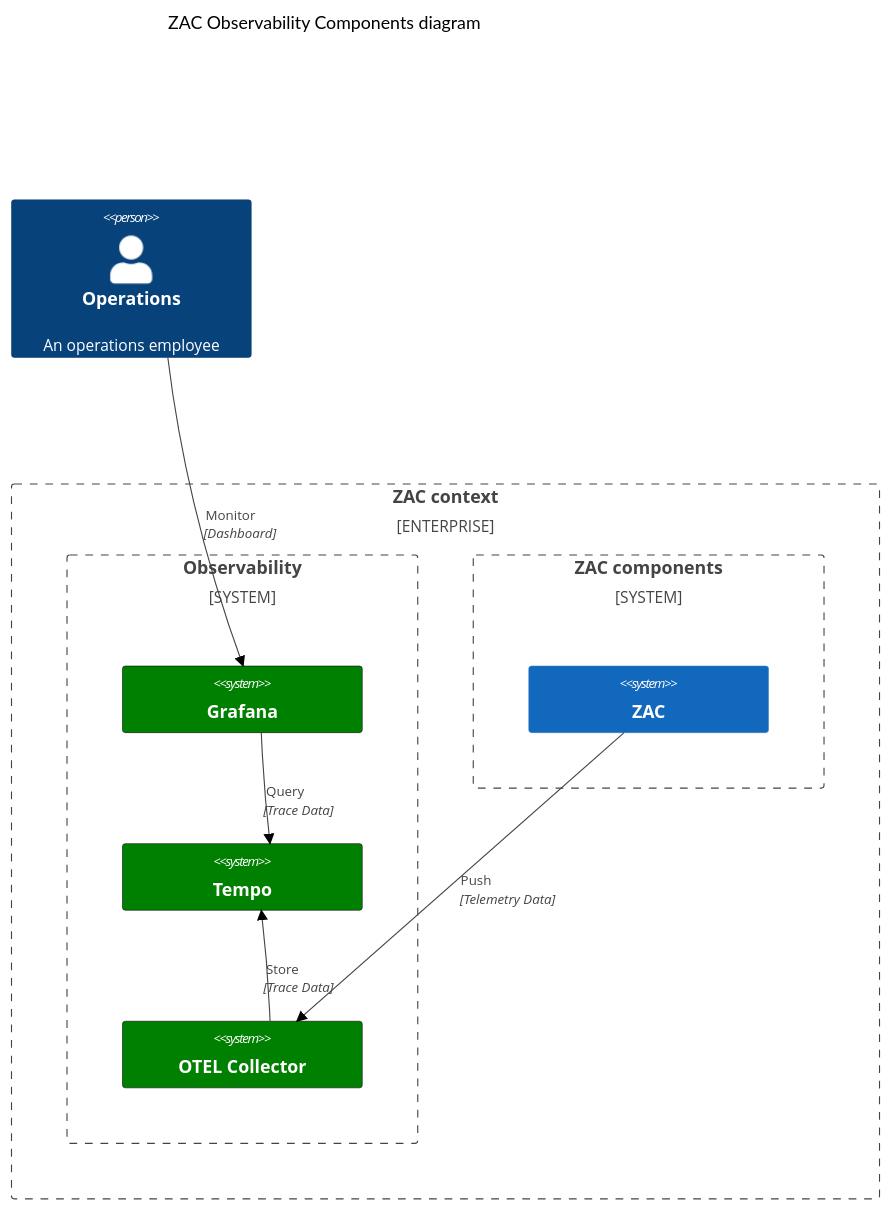
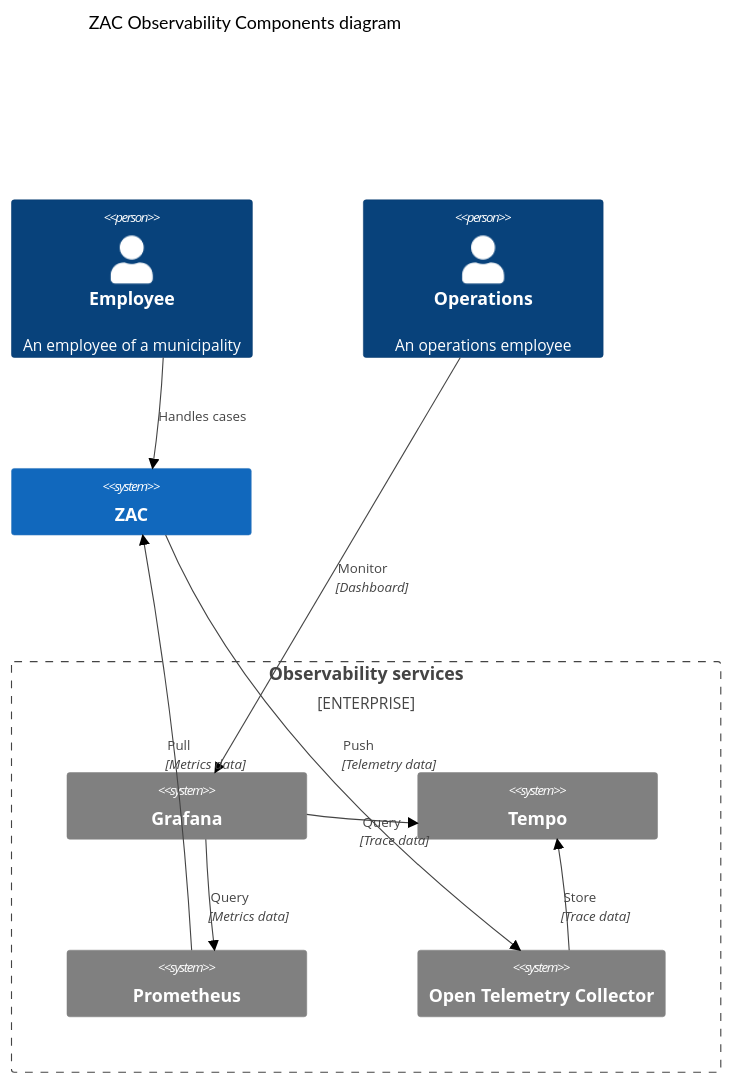
The diagram in docs/solution-architecture/observabilityArchitecture.md (infonl/dimpact-zaakafhandelcomponent), drawn with Mermaid (forest theme) before and after one commit. The commit also changed other lines of this file and 2 other files, not shown here.

Commit message:
docs: updated observability architecture docs (#4909)
Updated observability architecture docs by including Prometheus.

Solves PZ-9746

---------

````diff
--- a/docs/solution-architecture/observabilityArchitecture.md
+++ b/docs/solution-architecture/observabilityArchitecture.md
@@ -5,26 +5,31 @@
 ```mermaid
 C4Component
     title ZAC Observability Components diagram
 
-    Person(Ops, "Operations", "An operations employee")
+    Person(employee, "Employee", "An employee of a municipality")
+    Person(operations, "Operations", "An operations employee")
 
-    Enterprise_Boundary(b0, "ZAC context") {
-        System_Boundary(Observ, "Observability") {
-            System(Grafana, "Grafana")
-            System(Tempo, "Tempo")
-            System(OTC, "OTEL Collector")
-        }
-        System_Boundary(ZAC, "ZAC components") {
-            System(ZAC, "ZAC")
-        }
+    System(zac, "ZAC")
+    
+    Enterprise_Boundary(observability, "Observability services") {         
+        System(grafana, "Grafana")
+        System(tempo, "Tempo")
+        System(prometheus, "Prometheus")
+        System(openTelemetry, "Open Telemetry Collector")
     }
-    UpdateElementStyle(Grafana, $bgColor="green", $borderColor="black")
-    UpdateElementStyle(Tempo, $bgColor="green", $borderColor="black")
-    UpdateElementStyle(OTC, $bgColor="green", $borderColor="black")
+    
+    Rel(operations, grafana, "Monitor", "Dashboard")
+    Rel(employee, zac, "Handles cases")
+    Rel(zac, openTelemetry, "Push", "Telemetry data")
+    Rel(openTelemetry, tempo, "Store", "Trace data")
+    Rel(prometheus, zac, "Pull", "Metrics data")
+    Rel(grafana, tempo, "Query", "Trace data")
+    Rel(grafana, prometheus, "Query", "Metrics data")
 
-    Rel(ZAC, OTC, "Push", "Telemetry Data")
-    Rel(OTC, Tempo, "Store", "Trace Data")
-    Rel(Grafana, Tempo, "Query", "Trace Data")
-    Rel(Ops, Grafana, "Monitor", "Dashboard")
-
+    UpdateElementStyle(grafana, $bgColor="grey", $borderColor="grey")
+    UpdateElementStyle(tempo, $bgColor="grey", $borderColor="grey")
+    UpdateElementStyle(openTelemetry, $bgColor="grey", $borderColor="grey")
+    UpdateElementStyle(prometheus, $bgColor="grey", $borderColor="grey")
+    
+    UpdateLayoutConfig($c4ShapeInRow="2")
 ```
````
